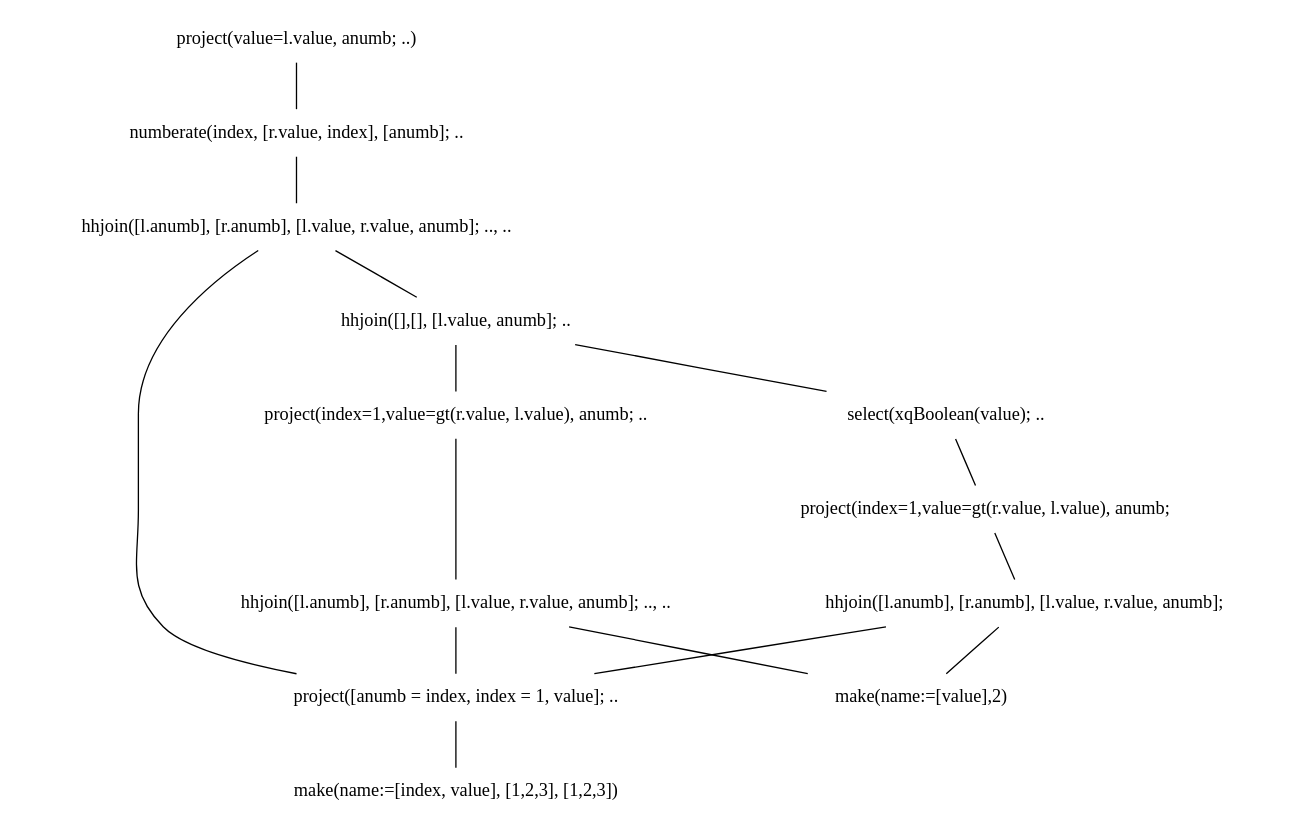
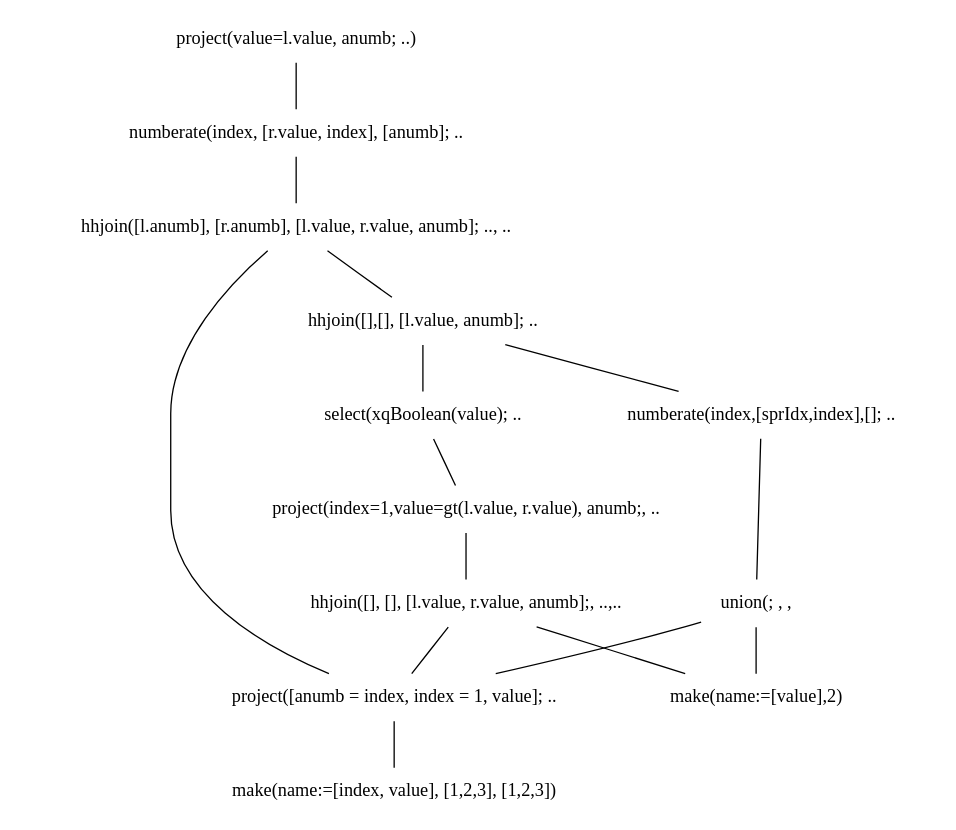
One commit to andrerav/xqft-parser changed the diagram in doc/graph_src/ext_flwor.dot. Above: the diagram before and after it, drawn with Graphviz. The commit also changed 3 other files, not shown here.

```diff
--- a/doc/graph_src/ext_flwor.dot
+++ b/doc/graph_src/ext_flwor.dot
@@ -1,36 +1,37 @@
 digraph AST {
 edge [color=black, dir=both, weight=1, fontcolor=black, fontname=Helvetica, arrowhead=none,arrowtail=none]
 node [shape=plaintext]
 
 // DAGifying nodes
 project123->make123;
 make123 [label="make(name:=[index, value], [1,2,3], [1,2,3])"];
 make2 [label="make(name:=[value],2)"];
 project123 [label="project([anumb = index, index = 1, value]; .."];
 
 // Ordinary nodes
 project1 [label="project(value=l.value, anumb; ..)"];
 numberate1 [label="numberate(index, [r.value, index], [anumb]; .."];
 hhjoin1 [label="hhjoin([l.anumb], [r.anumb], [l.value, r.value, anumb]; .., .."];
 hhjoin2 [label="hhjoin([],[], [l.value, anumb]; .."];
-project3 [label="project(index=1,value=gt(r.value, l.value), anumb; .."];
-hhjoin3 [label="hhjoin([l.anumb], [r.anumb], [l.value, r.value, anumb]; .., .."];
 
 select1 [label="select(xqBoolean(value); .."];
-project5 [label="project(index=1,value=gt(r.value, l.value), anumb;"];
-hhjoin4 [label=" hhjoin([l.anumb], [r.anumb], [l.value, r.value, anumb];"];
+project5 [label="project(index=1,value=gt(l.value, r.value), anumb;, .."];
+hhjoin4 [label=" hhjoin([], [], [l.value, r.value, anumb];, ..,.."];
+
+union1 [label="union(; , ,"]
+numberate2 [label="numberate(index,[sprIdx,index],[]; .."]
 
 project1->numberate1;
   numberate1->hhjoin1;
     hhjoin1->hhjoin2;
-      hhjoin2->project3;
-            project3->hhjoin3;
-               hhjoin3-> project123;
-               hhjoin3->make2;
+      hhjoin2->numberate2;
+        numberate2->union1;
+           union1->project123;
+           union1->make2;
       hhjoin2->select1;
         select1->project5;
               project5->hhjoin4;
                 hhjoin4->project123;
                 hhjoin4->make2;
     hhjoin1->project123;
 }
```
